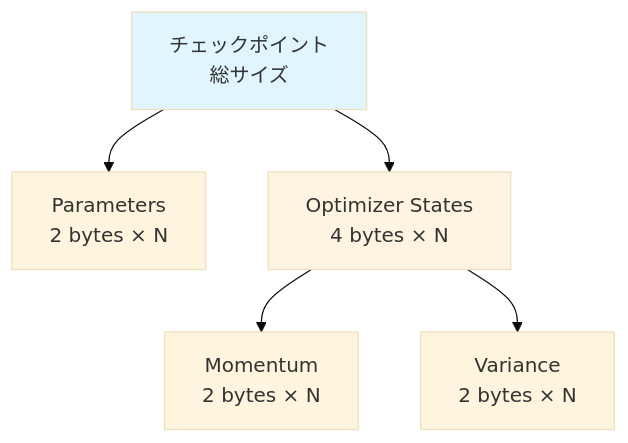
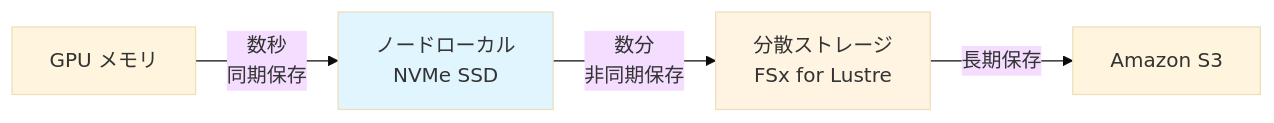
Before and after one commit to littlemex/zenn: the fourth of 4 diagrams in books/distributed-experiment-collection/background.md, drawn with Mermaid (base theme). The commit also changed other lines of this file, not shown here.

````diff
--- a/books/distributed-experiment-collection/background.md
+++ b/books/distributed-experiment-collection/background.md
@@ -410,11 +443,9 @@
 ```mermaid
-graph TD
-    A[チェックポイント<br/>総サイズ] --> B[Parameters<br/>2 bytes × N]
-    A --> C[Optimizer States<br/>4 bytes × N]
+graph LR
+    A[GPU メモリ] -->|数秒<br/>同期保存| B[ノードローカル<br/>NVMe SSD]
+    B -->|数分<br/>非同期保存| C[分散ストレージ<br/>FSx for Lustre]
+    C -->|長期保存| D[Amazon S3]
     
-    C --> D[Momentum<br/>2 bytes × N]
-    C --> E[Variance<br/>2 bytes × N]
-    
-    style A fill:#e1f5ff
+    style B fill:#e1f5ff
     style C fill:#fff4e1
 ```
````
